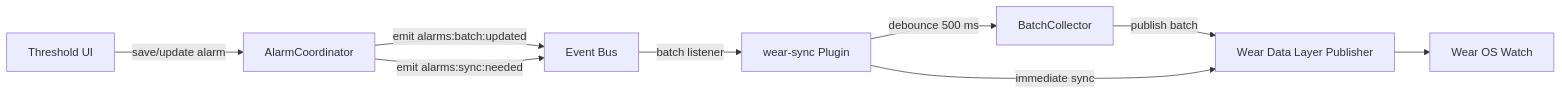
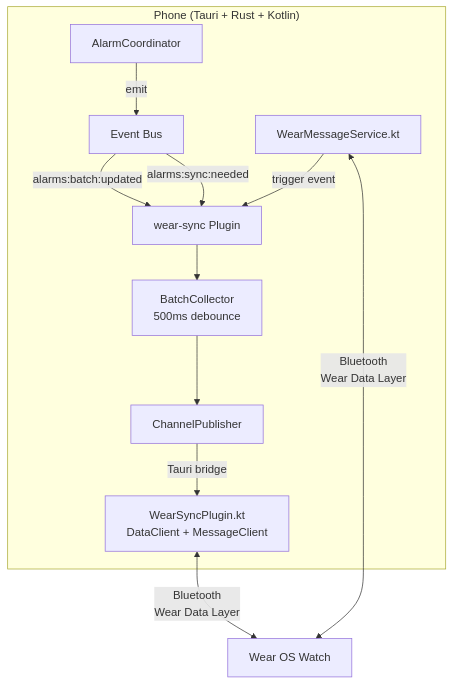
The first of 3 diagrams in plugins/wear-sync/README.md (liminal-hq/threshold), drawn with Mermaid before and after one commit. The commit also changed other lines of this file and 1 other file, not shown here.

First line of the commit message:
docs: rewrite READMEs with mermaid diagrams, Linux-first setup, and devcontainer

````diff
--- a/plugins/wear-sync/README.md
+++ b/plugins/wear-sync/README.md
@@ -40,11 +41,15 @@
 ```mermaid
-flowchart LR
-    UI[Threshold UI] -->|save/update alarm| Core[AlarmCoordinator]
-    Core -->|emit alarms:batch:updated| Bus[Event Bus]
-    Core -->|emit alarms:sync:needed| Bus
-    Bus -->|batch listener| WearSync[wear-sync Plugin]
-    WearSync -->|debounce 500 ms| Collector[BatchCollector]
-    Collector -->|publish batch| Publisher[Wear Data Layer Publisher]
-    WearSync -->|immediate sync| Publisher
-    Publisher --> Watch[Wear OS Watch]
+flowchart TD
+    subgraph Phone["Phone (Tauri + Rust + Kotlin)"]
+        Coord[AlarmCoordinator] -->|emit| Bus[Event Bus]
+        Bus -->|alarms:batch:updated| WS[wear-sync Plugin]
+        Bus -->|alarms:sync:needed| WS
+        WS --> BC[BatchCollector<br/>500ms debounce]
+        BC --> CP[ChannelPublisher]
+        CP -->|Tauri bridge| KT[WearSyncPlugin.kt<br/>DataClient + MessageClient]
+        WMS[WearMessageService.kt] -->|trigger event| WS
+    end
+
+    KT <-->|Bluetooth<br/>Wear Data Layer| Watch[Wear OS Watch]
+    WMS <-->|Bluetooth<br/>Wear Data Layer| Watch
 ```
````
